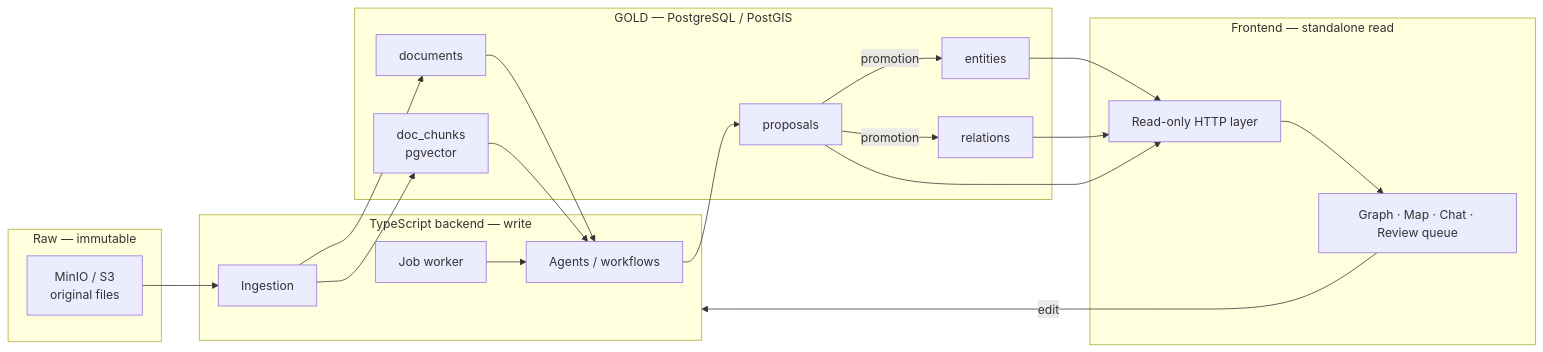
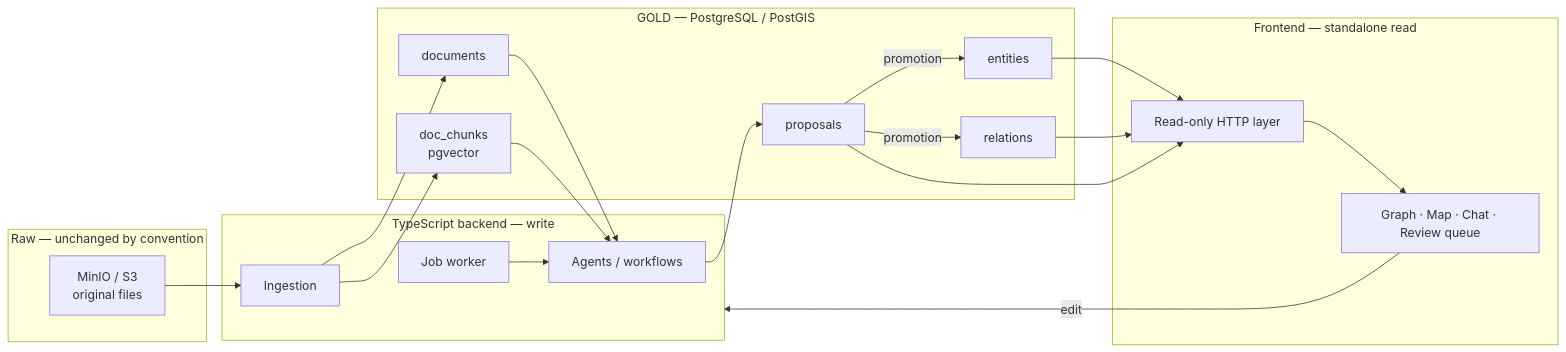
One commit to gabriel-neutron/GAB changed the diagram in docs/spec.md. Above: the diagram before and after it, drawn with Mermaid. The commit also changed other lines of this file and 2 other files, not shown here.

Commit message:
docs(readme,adr,spec): the raw store is unchanged by convention, not immutable
**T3 withdrew 'immutable' as measured false, but three documents kept the word.**
README.md, ADR 0002 line 6 and spec.md (the diagram and the put_document flow)
still called the raw store immutable. MinIO has no versioning and no object
lock, so nothing prevents an overwrite; the guarantee is a convention, not
a property of the store.

**All three now say 'unchanged by convention'.** A grep for 'immutable' in
README.md, docs/spec.md and docs/adr/0002-local-runtime.md finds no match.

Closes: XC-ARC-03, XC-SIM-03, XC-COR-08, XC-SEC-04.

Cost: none. The comment at db/migrations/0003_tables.sql:25 still says
'immutable object'; it is out of the unit's file list, and editing an
already-applied migration comment risks drift, so it stays for a separate
change.

Check: GABRIEL_DATABASE=gabriel_test pnpm check passed.

Part of #168
Refs #167

````diff
--- a/docs/spec.md
+++ b/docs/spec.md
@@ -22,40 +22,40 @@
 ```mermaid
 flowchart LR
-    subgraph RAW["Raw — immutable"]
+    subgraph RAW["Raw — unchanged by convention"]
         S3["MinIO / S3<br/>original files"]
     end
 
     subgraph GOLD["GOLD — PostgreSQL / PostGIS"]
         DOC["documents"]
         ENT["entities"]
         REL["relations"]
         PRO["proposals"]
         VEC["doc_chunks<br/>pgvector"]
     end
 
     subgraph BACK["TypeScript backend — write"]
         ING["Ingestion"]
         AGT["Agents / workflows"]
         JOB["Job worker"]
     end
 
     subgraph FRONT["Frontend — standalone read"]
         RO["Read-only HTTP layer"]
         UI["Graph · Map · Chat · Review queue"]
     end
 
     S3 --> ING
     ING --> DOC
     ING --> VEC
     DOC --> AGT
     VEC --> AGT
     AGT --> PRO
     PRO -->|promotion| ENT
     PRO -->|promotion| REL
     JOB --> AGT
     ENT --> RO
     REL --> RO
     PRO --> RO
     RO --> UI
     UI -->|edit| BACK
 ```
````
